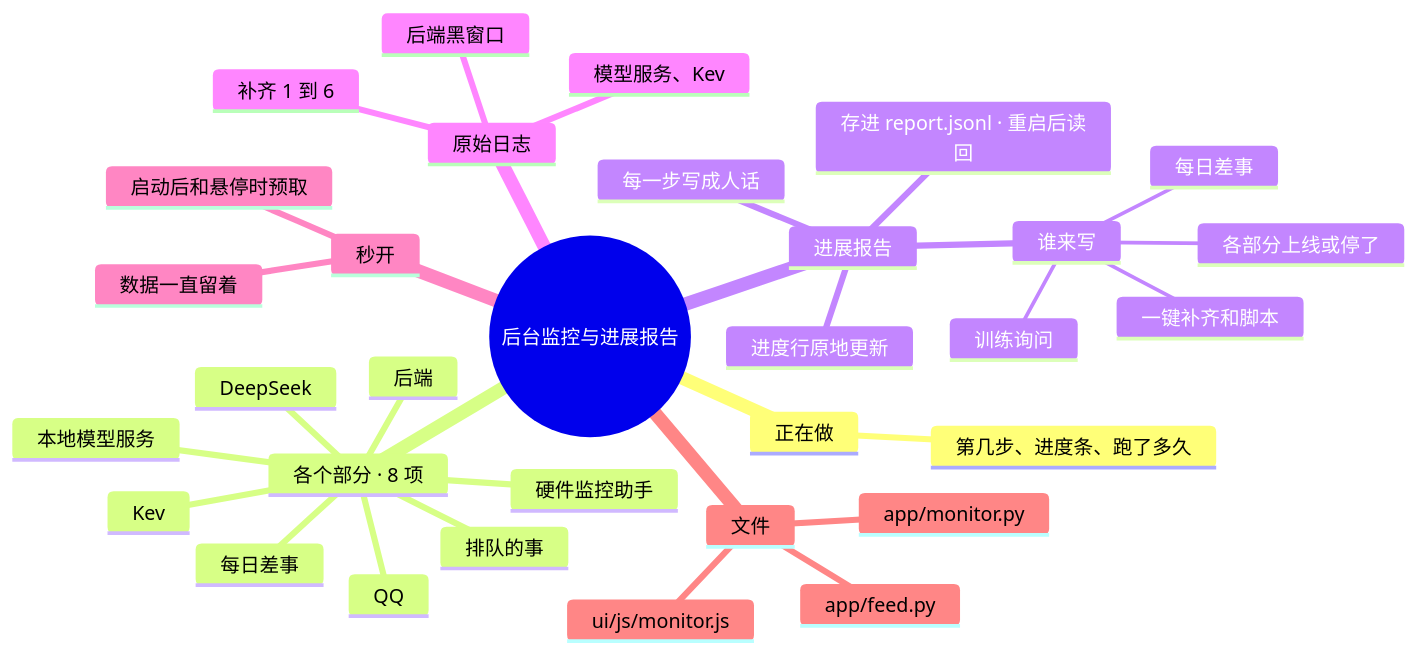
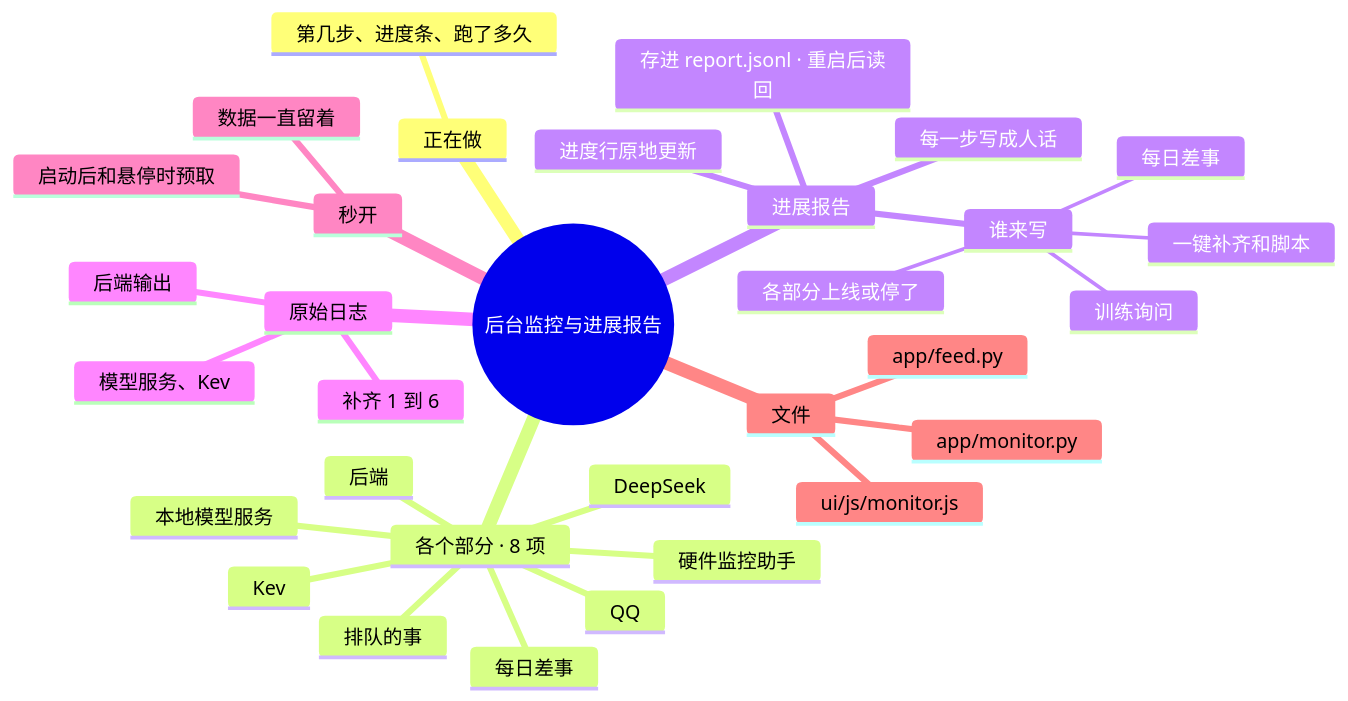
Before and after one commit to lql-076/Experiment-Agent-One: the diagram in docs/AI文档/架构/10-后台监控与进展报告.md, drawn with Mermaid. The commit also changed other lines of this file and 55 other files, not shown here.

````diff
--- a/docs/AI文档/架构/10-后台监控与进展报告.md
+++ b/docs/AI文档/架构/10-后台监控与进展报告.md
@@ -9,43 +9,43 @@
 ```mermaid
 mindmap
   root((后台监控与进展报告))
     正在做
       第几步、进度条、跑了多久
     各个部分 · 8 项
       后端
       :::svc-backend
       本地模型服务
       :::svc-model
       Kev
       :::svc-kev
       QQ
       :::svc-qq
       硬件监控助手
       :::svc-hw
       DeepSeek
       :::svc-ds
       每日差事
       :::svc-nightly
       排队的事
       :::svc-queue
     进展报告
       每一步写成人话
       进度行原地更新
       谁来写
         一键补齐和脚本
         每日差事
         训练询问
         各部分上线或停了
       存进 report.jsonl · 重启后读回
     原始日志
       补齐 1 到 6
-      后端黑窗口
+      后端输出
       模型服务、Kev
     秒开
       数据一直留着
       启动后和悬停时预取
     文件
       app/monitor.py
       app/feed.py
       ui/js/monitor.js
 ```
````
